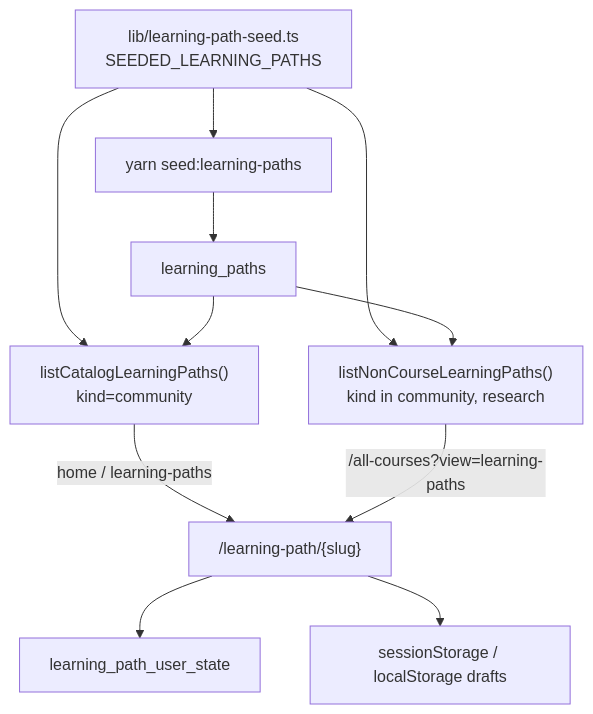
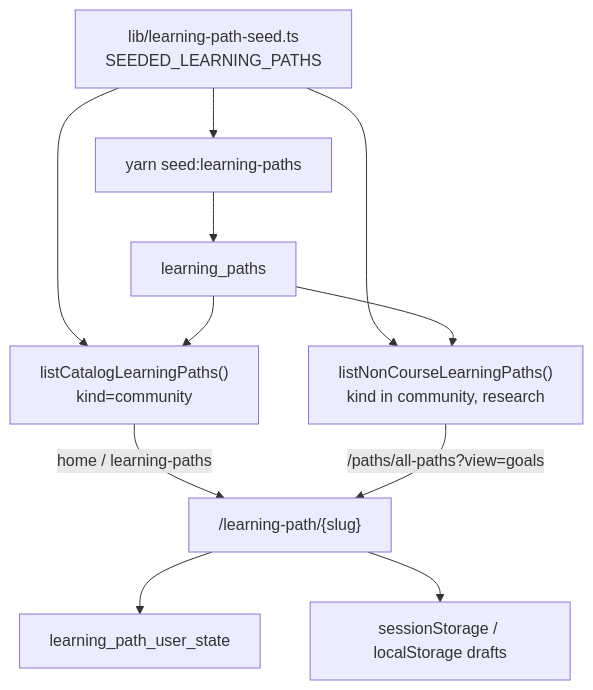
Before and after one commit to coursetexts/notion-site: the diagram in docs/learning-paths.md, drawn with Mermaid. The commit also changed other lines of this file and 29 other files, not shown here.

First line of the commit message:
Move the paths catalog to /paths/all-paths and keep official courses on /all-courses.

````diff
--- a/docs/learning-paths.md
+++ b/docs/learning-paths.md
@@ -52,21 +52,21 @@
 ```mermaid
 flowchart TB
   Seed["lib/learning-path-seed.ts<br/>SEEDED_LEARNING_PATHS"]
   Script["yarn seed:learning-paths"]
   DB["learning_paths"]
   HomeList["listCatalogLearningPaths()<br/>kind=community"]
   AllList["listNonCourseLearningPaths()<br/>kind in community, research"]
   Page["/learning-path/{slug}"]
   State["learning_path_user_state"]
   Local["sessionStorage / localStorage drafts"]
 
   Seed --> Script --> DB
   Seed --> HomeList
   Seed --> AllList
   DB --> HomeList
   DB --> AllList
   HomeList -->|"home / learning-paths"| Page
-  AllList -->|"/all-courses?view=learning-paths"| Page
+  AllList -->|"/paths/all-paths?view=goals"| Page
   Page --> State
   Page --> Local
 ```
````
